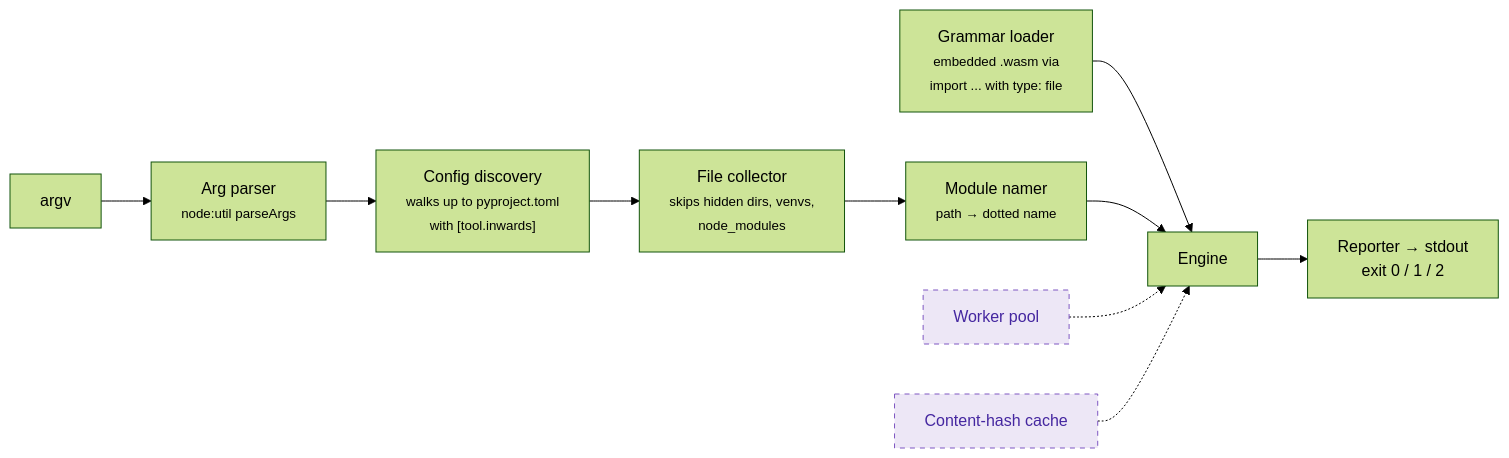
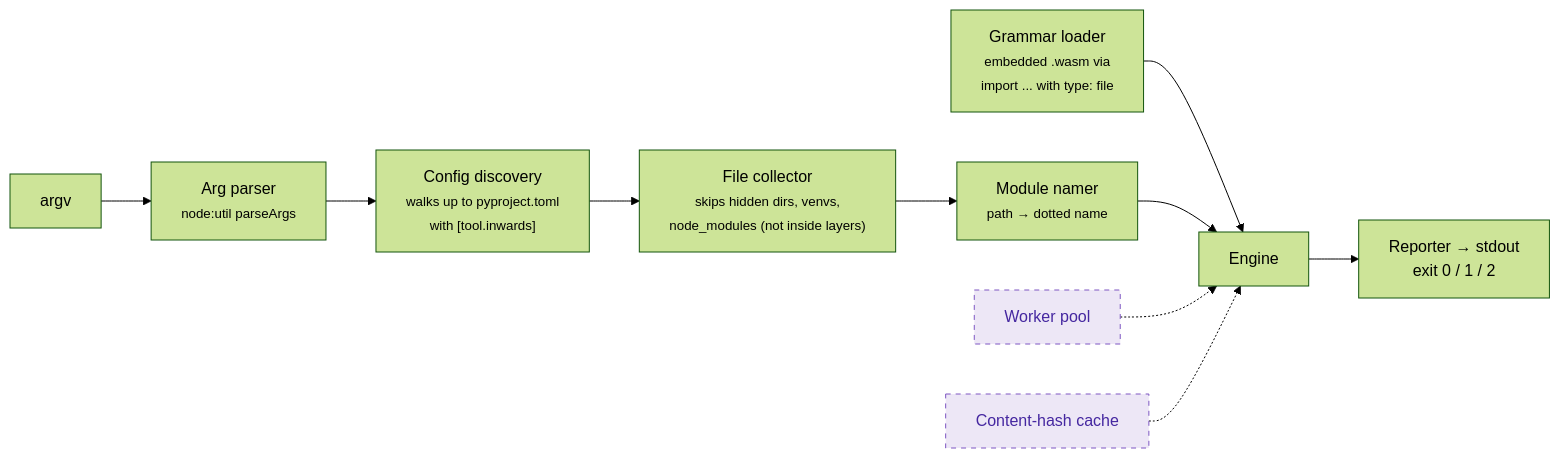
The fifth of 6 diagrams in docs/chapters/03-Architecture-C4.md (SirCypkowskyy/inwards), drawn with Mermaid (forest theme) before and after one commit. The commit also changed other lines of this file and 17 other files, not shown here.

````diff
--- a/docs/chapters/03-Architecture-C4.md
+++ b/docs/chapters/03-Architecture-C4.md
@@ -210,14 +210,14 @@
 ```mermaid
 flowchart LR
     argv["argv"] --> args["Arg parser<br/><small>node:util parseArgs</small>"]
     args --> find["Config discovery<br/><small>walks up to pyproject.toml<br/>with [tool.inwards]</small>"]
-    find --> walk["File collector<br/><small>skips hidden dirs, venvs,<br/>node_modules</small>"]
+    find --> walk["File collector<br/><small>skips hidden dirs, venvs,<br/>node_modules (not inside layers)</small>"]
     walk --> mod["Module namer<br/><small>path → dotted name</small>"]
     gram["Grammar loader<br/><small>embedded .wasm via<br/>import ... with type: file</small>"] --> eng
     mod --> eng["Engine"]
     eng --> out["Reporter → stdout<br/>exit 0 / 1 / 2"]
     pool["Worker pool"]:::planned -.-> eng
     cache["Content-hash cache"]:::planned -.-> eng
 
     classDef planned fill:#ede7f6,color:#4527a0,stroke:#7e57c2,stroke-dasharray:5 5
 ```
````
